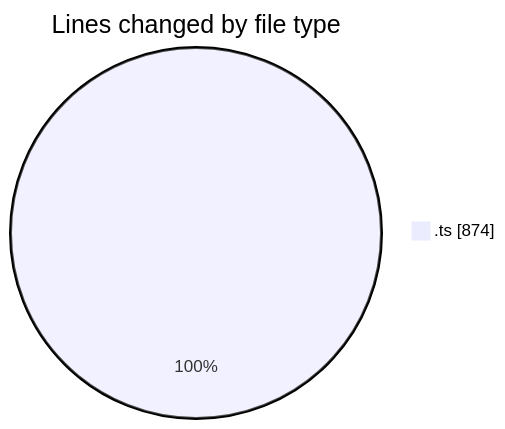
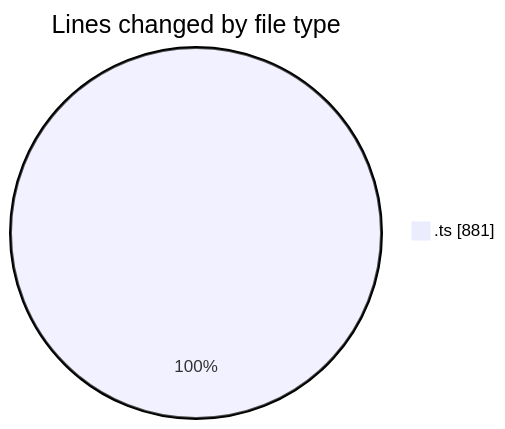
The first of 2 diagrams in 2025-06-26/cda/README.md (momahboobian/code-tracking), drawn with Mermaid before and after one commit. The commit also changed other lines of this file and 1 other file, not shown here.

````diff
--- a/2025-06-26/cda/README.md
+++ b/2025-06-26/cda/README.md
@@ -20,5 +20,5 @@
 ```mermaid
 pie showData
 title Lines changed by file type
-".ts" : 874
+".ts" : 881
 ```
````
